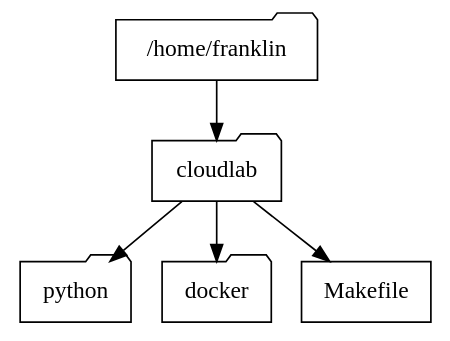
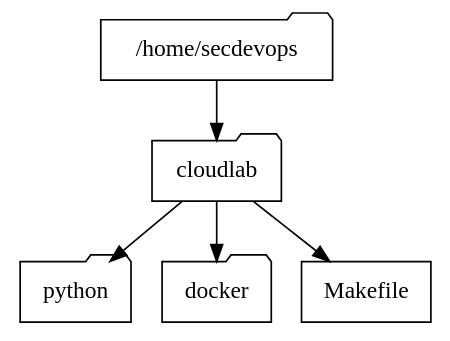
One commit to ajcborges/devsecops-tactical-workbook changed the diagram in docs/_source/makefiles.rst. Above: the diagram before and after it, drawn with Graphviz. The commit also changed other lines of this file and 18 other files, not shown here.

```diff
--- a/docs/_source/makefiles.rst
+++ b/docs/_source/makefiles.rst
@@ -39,15 +65,15 @@
 .. graphviz::
    :caption: Project Directory
    :align: center
 
    digraph folders {
-      "/home/franklin" [shape=folder];
+      "/home/secdevops" [shape=folder];
       "cloudlab" [shape=folder];
       "python" [shape=folder];
       "docker" [shape=folder];
       "Makefile" [shape=rect];
-      "/home/franklin" -> "cloudlab";
+      "/home/secdevops" -> "cloudlab";
       "cloudlab" -> "python";
       "cloudlab" -> "docker";
       "cloudlab" -> "Makefile";
    }
```
